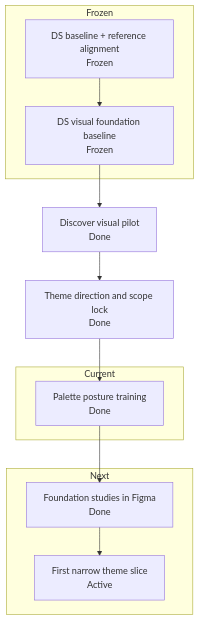
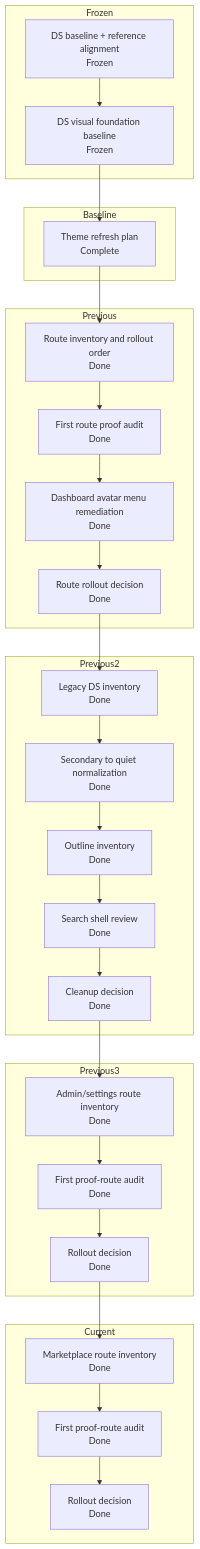
One commit to raingernx/KRUKRAFT changed the diagram in krukraft-ai-contexts/09-todos.md. Above: the diagram before and after it, drawn with Mermaid. The commit also changed other lines of this file and 25 other files, not shown here.

````diff
--- a/krukraft-ai-contexts/09-todos.md
+++ b/krukraft-ai-contexts/09-todos.md
@@ -47,18 +51,40 @@
 ```mermaid
 flowchart TB
   subgraph Frozen
     D1[DS baseline + reference alignment<br/>Frozen]
     D2[DS visual foundation baseline<br/>Frozen]
   end
 
-  subgraph Current
-    T2[Palette posture training<br/>Done]
+  subgraph Baseline
+    T0[Theme refresh plan<br/>Complete]
   end
 
-  subgraph Next
-    T3[Foundation studies in Figma<br/>Done]
-    T4[First narrow theme slice<br/>Active]
+  subgraph Previous
+    R1[Route inventory and rollout order<br/>Done]
+    R2[First route proof audit<br/>Done]
+    R3[Dashboard avatar menu remediation<br/>Done]
+    R4[Route rollout decision<br/>Done]
   end
 
-  D1 --> D2 --> P1[Discover visual pilot<br/>Done] --> T1[Theme direction and scope lock<br/>Done] --> T2 --> T3 --> T4
+  subgraph Previous2
+    L1[Legacy DS inventory<br/>Done]
+    L2[Secondary to quiet normalization<br/>Done]
+    L3[Outline inventory<br/>Done]
+    L4[Search shell review<br/>Done]
+    L5[Cleanup decision<br/>Done]
+  end
+
+  subgraph Previous3
+    A1[Admin/settings route inventory<br/>Done]
+    A2[First proof-route audit<br/>Done]
+    A3[Rollout decision<br/>Done]
+  end
+
+  subgraph Current
+    M1[Marketplace route inventory<br/>Done]
+    M2[First proof-route audit<br/>Done]
+    M3[Rollout decision<br/>Done]
+  end
+
+  D1 --> D2 --> T0 --> R1 --> R2 --> R3 --> R4 --> L1 --> L2 --> L3 --> L4 --> L5 --> A1 --> A2 --> A3 --> M1 --> M2 --> M3
 ```
````
